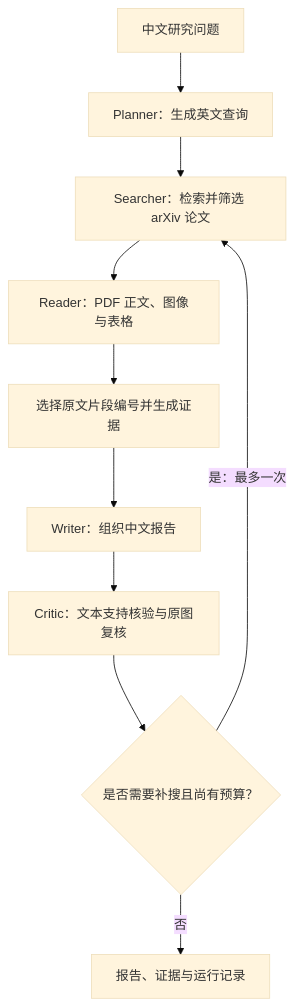
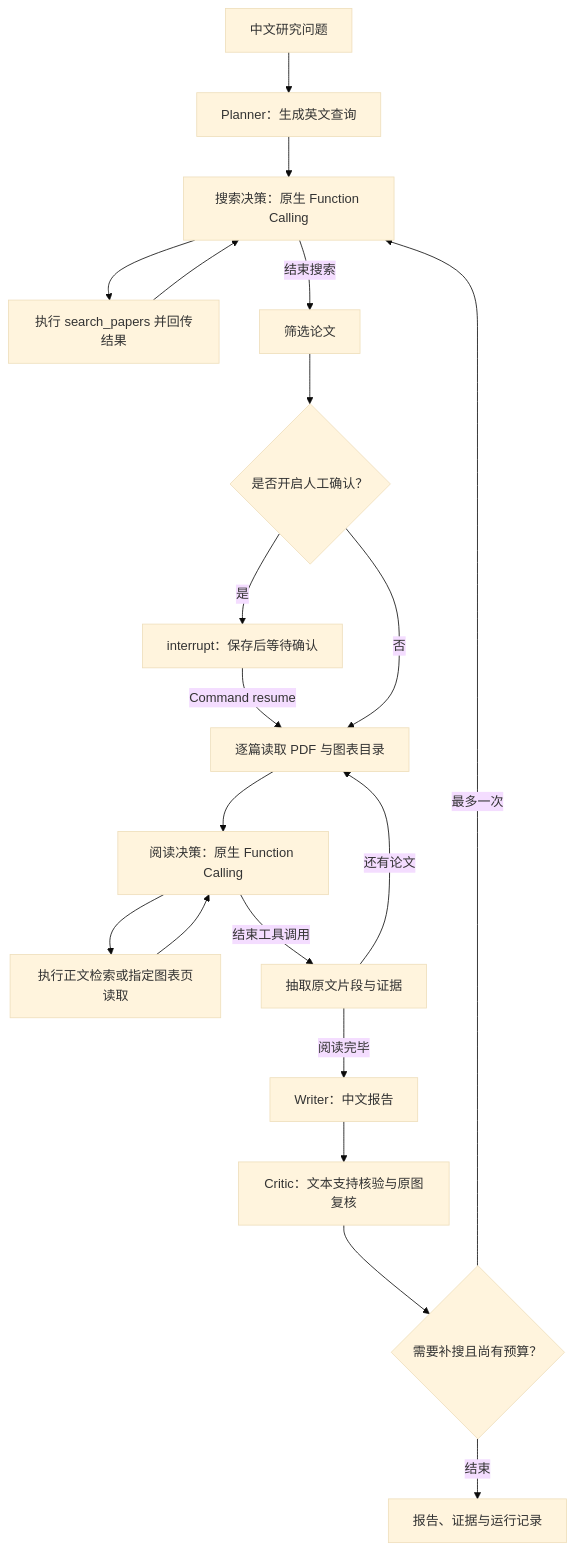
One commit to 2ss22/PaperScout changed the diagram in README.md. Above: the diagram before and after it, drawn with Mermaid (base theme). The commit also changed other lines of this file and 26 other files, not shown here.

````diff
--- a/README.md
+++ b/README.md
@@ -39,12 +41,22 @@
 ```mermaid
 flowchart TD
     Q[中文研究问题] --> P[Planner：生成英文查询]
-    P --> S[Searcher：检索并筛选 arXiv 论文]
-    S --> R[Reader：PDF 正文、图像与表格]
-    R --> E[选择原文片段编号并生成证据]
-    E --> W[Writer：组织中文报告]
+    P --> S[搜索决策：原生 Function Calling]
+    S --> ST[执行 search_papers 并回传结果]
+    ST --> S
+    S -->|结束搜索| F[筛选论文]
+    F --> H{是否开启人工确认？}
+    H -->|是| I[interrupt：保存后等待确认]
+    I -->|Command resume| R[逐篇读取 PDF 与图表目录]
+    H -->|否| R
+    R --> A[阅读决策：原生 Function Calling]
+    A --> RT[执行正文检索或指定图表页读取]
+    RT --> A
+    A -->|结束工具调用| E[抽取原文片段与证据]
+    E -->|还有论文| R
+    E -->|阅读完毕| W[Writer：中文报告]
     W --> C[Critic：文本支持核验与原图复核]
-    C --> D{是否需要补搜且尚有预算？}
-    D -->|是：最多一次| S
-    D -->|否| O[报告、证据与运行记录]
+    C --> D{需要补搜且尚有预算？}
+    D -->|最多一次| S
+    D -->|结束| O[报告、证据与运行记录]
 ```
````
